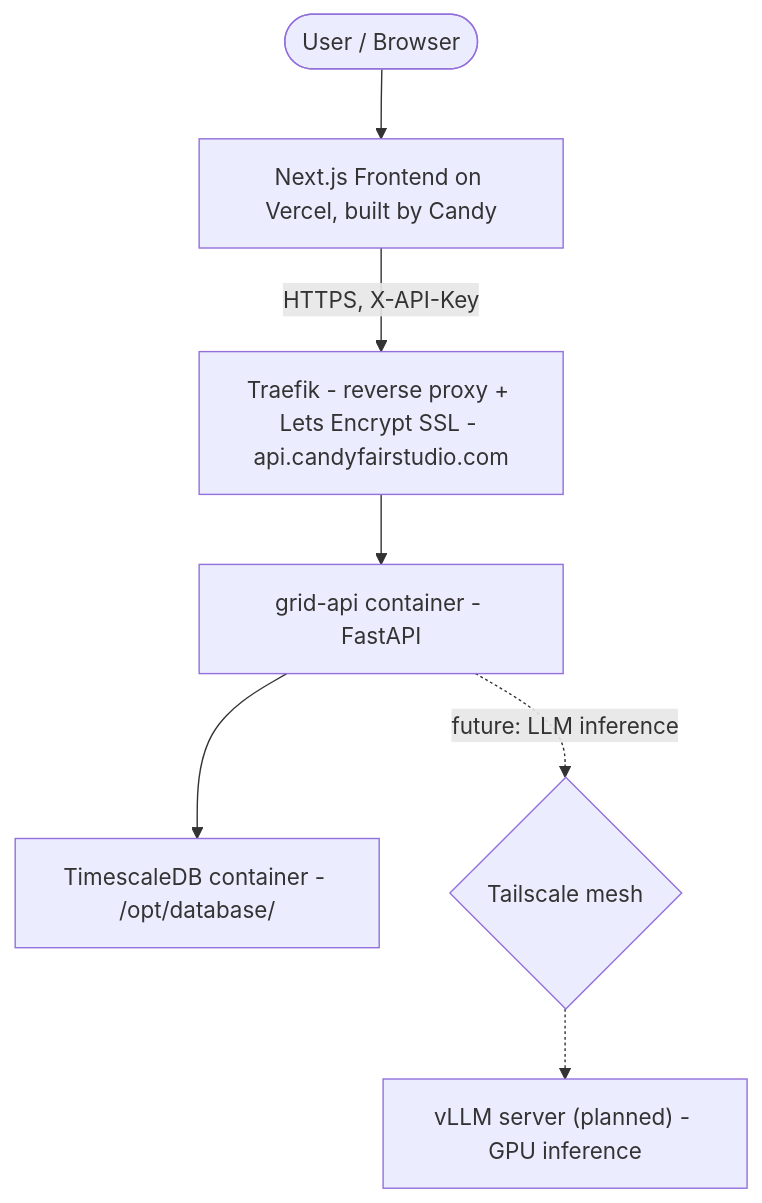
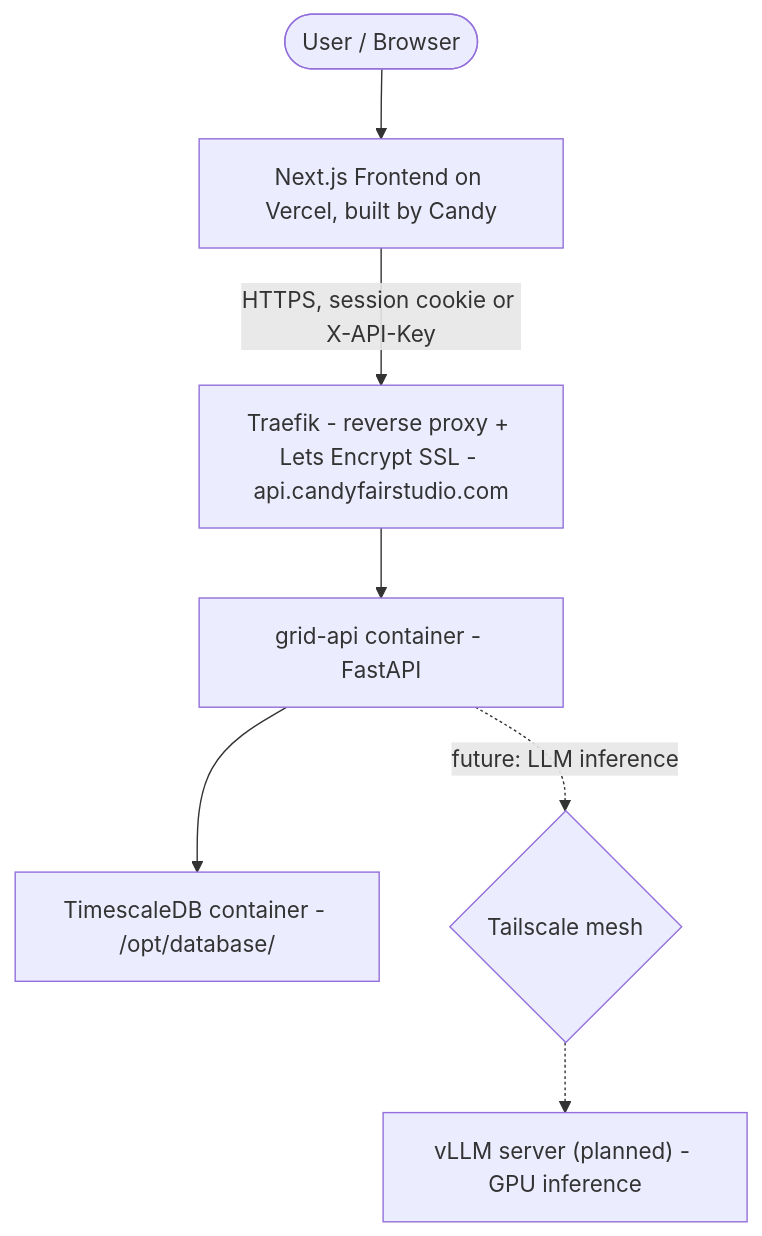
One commit to OpenFoundationRenewableOperationGrids/rada-backend changed the first of 3 diagrams in README.md. Above: the diagram before and after it, drawn with Mermaid. The commit also changed other lines of this file and 20 other files, not shown here.

````diff
--- a/README.md
+++ b/README.md
@@ -57,17 +57,17 @@
 ```mermaid
 graph TD
     User([User / Browser])
     FE["Next.js Frontend on Vercel, built by Candy"]
     Traefik["Traefik - reverse proxy + Lets Encrypt SSL - api.candyfairstudio.com"]
     API["grid-api container - FastAPI"]
     DB["TimescaleDB container - /opt/database/"]
     TS{Tailscale mesh}
     Home["vLLM server (planned) - GPU inference"]
 
     User --> FE
-    FE -->|HTTPS, X-API-Key| Traefik
+    FE -->|HTTPS, session cookie or X-API-Key| Traefik
     Traefik --> API
     API --> DB
     API -.->|future: LLM inference| TS
     TS -.-> Home
 ```
````
